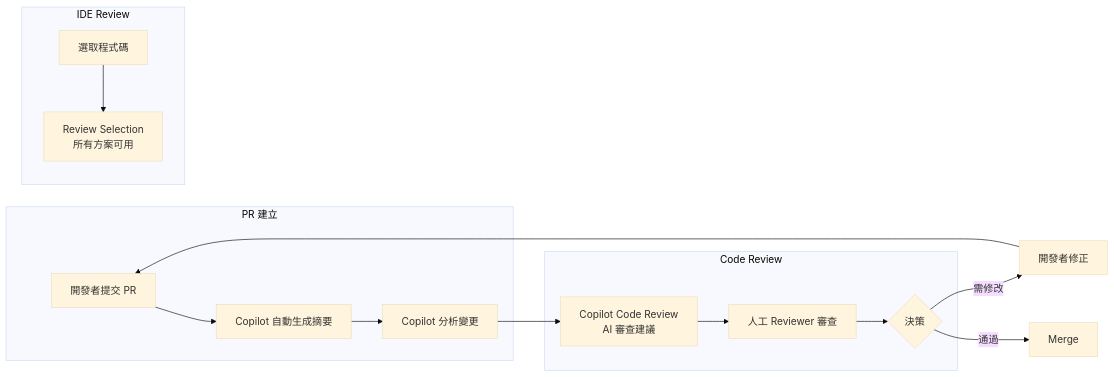
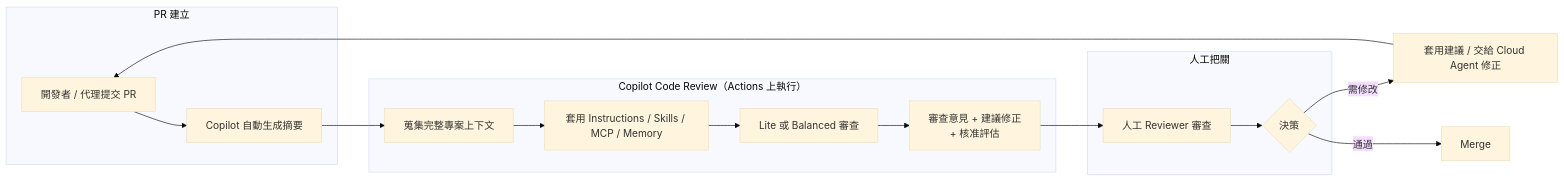
One commit to chihhung/Blog changed diagram 13 of 26 in content/posts/教學/AI開發/github copilot生態圈教學手冊.md. Above: the diagram before and after it, drawn with Mermaid (base theme). The commit also changed other lines of this file and 2 other files, not shown here.

````diff
--- a/content/posts/教學/AI開發/github copilot生態圈教學手冊.md
+++ b/content/posts/教學/AI開發/github copilot生態圈教學手冊.md
@@ -2066,21 +2939,22 @@
 ```mermaid
 flowchart LR
     subgraph "PR 建立"
-        A[開發者提交 PR] --> B[Copilot 自動生成摘要]
-        B --> C[Copilot 分析變更]
+        A[開發者 / 代理提交 PR] --> B[Copilot 自動生成摘要]
     end
-    
-    subgraph "Code Review"
-        C --> D[Copilot Code Review<br/>AI 審查建議]
-        D --> E[人工 Reviewer 審查]
-        E --> F{決策}
+
+    subgraph "Copilot Code Review（Actions 上執行）"
+        B --> C[蒐集完整專案上下文]
+        C --> D[套用 Instructions / Skills / MCP / Memory]
+        D --> E[Lite 或 Balanced 審查]
+        E --> F[審查意見 + 建議修正<br/>+ 核准評估]
     end
-    
-    subgraph "IDE Review"
-        G[選取程式碼] --> H[Review Selection<br/>所有方案可用]
+
+    subgraph "人工把關"
+        F --> G[人工 Reviewer 審查]
+        G --> H{決策}
     end
-    
-    F -->|需修改| I[開發者修正]
-    F -->|通過| J[Merge]
+
+    H -->|需修改| I[套用建議 / 交給 Cloud Agent 修正]
+    H -->|通過| J[Merge]
     I --> A
 ```
````
